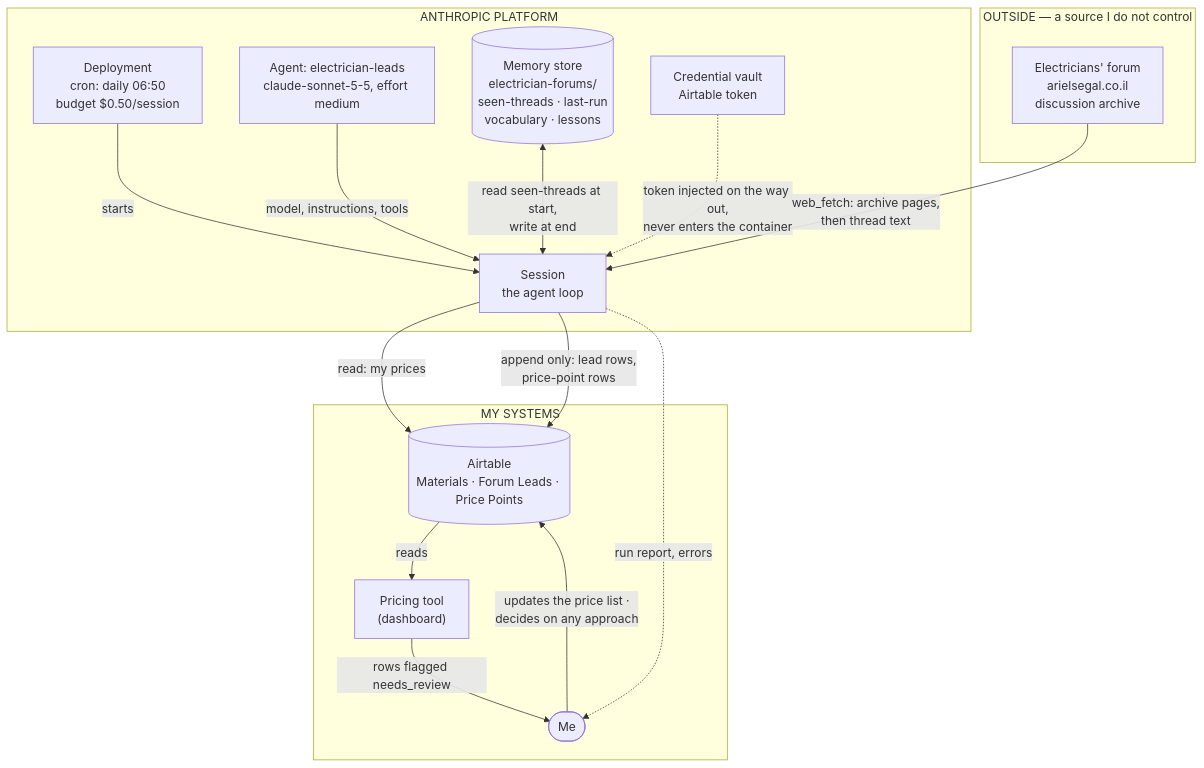
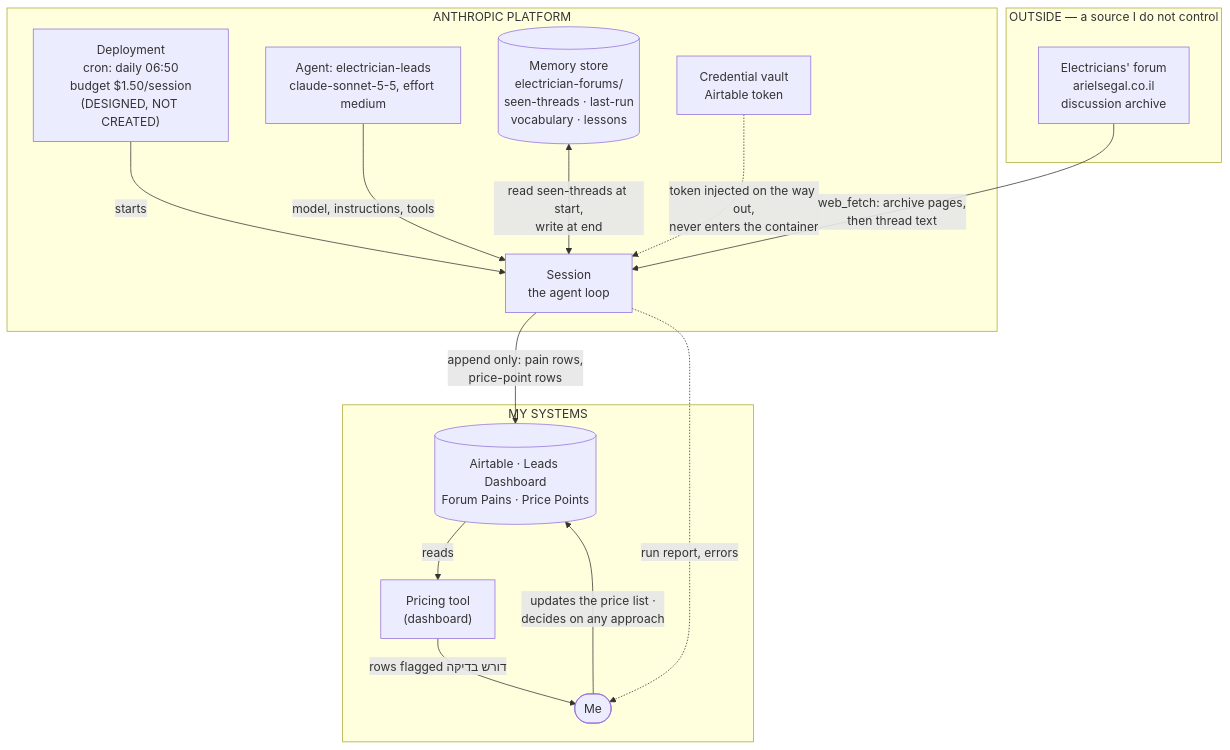
The diagram in Architecture.md (ozt5002-stack/electrician-leads-agent), drawn with Mermaid before and after one commit. The commit also changed other lines of this file and 3 other files, not shown here.

````diff
--- a/Architecture.md
+++ b/Architecture.md
@@ -38,36 +45,35 @@
 ```mermaid
 flowchart TB
     subgraph outside["OUTSIDE — a source I do not control"]
         F1["Electricians' forum<br/>arielsegal.co.il<br/>discussion archive"]
     end
 
     subgraph platform["ANTHROPIC PLATFORM"]
-        DEP["Deployment<br/>cron: daily 06:50<br/>budget $0.50/session"]
+        DEP["Deployment<br/>cron: daily 06:50<br/>budget $1.50/session<br/>(DESIGNED, NOT CREATED)"]
         SES["Session<br/>the agent loop"]
         AG["Agent: electrician-leads<br/>claude-sonnet-5-5, effort medium"]
         MEM[("Memory store<br/>electrician-forums/<br/>seen-threads · last-run<br/>vocabulary · lessons")]
         VAULT["Credential vault<br/>Airtable token"]
     end
 
     subgraph mine["MY SYSTEMS"]
-        AT[("Airtable<br/>Materials · Forum Leads · Price Points")]
+        AT[("Airtable · Leads Dashboard<br/>Forum Pains · Price Points")]
         DASH["Pricing tool<br/>(dashboard)"]
         ME(["Me"])
     end
 
     DEP -->|starts| SES
     AG -->|model, instructions, tools| SES
     MEM <-->|read seen-threads at start,<br/>write at end| SES
     VAULT -.->|token injected on the way out,<br/>never enters the container| SES
 
     F1 -->|web_fetch: archive pages,<br/>then thread text| SES
 
-    SES -->|read: my prices| AT
-    SES -->|append only: lead rows,<br/>price-point rows| AT
+    SES -->|append only: pain rows,<br/>price-point rows| AT
 
     AT -->|reads| DASH
-    DASH -->|rows flagged needs_review| ME
+    DASH -->|rows flagged דורש בדיקה| ME
     ME -->|updates the price list ·<br/>decides on any approach| AT
 
     SES -.->|run report, errors| ME
 ```
````
